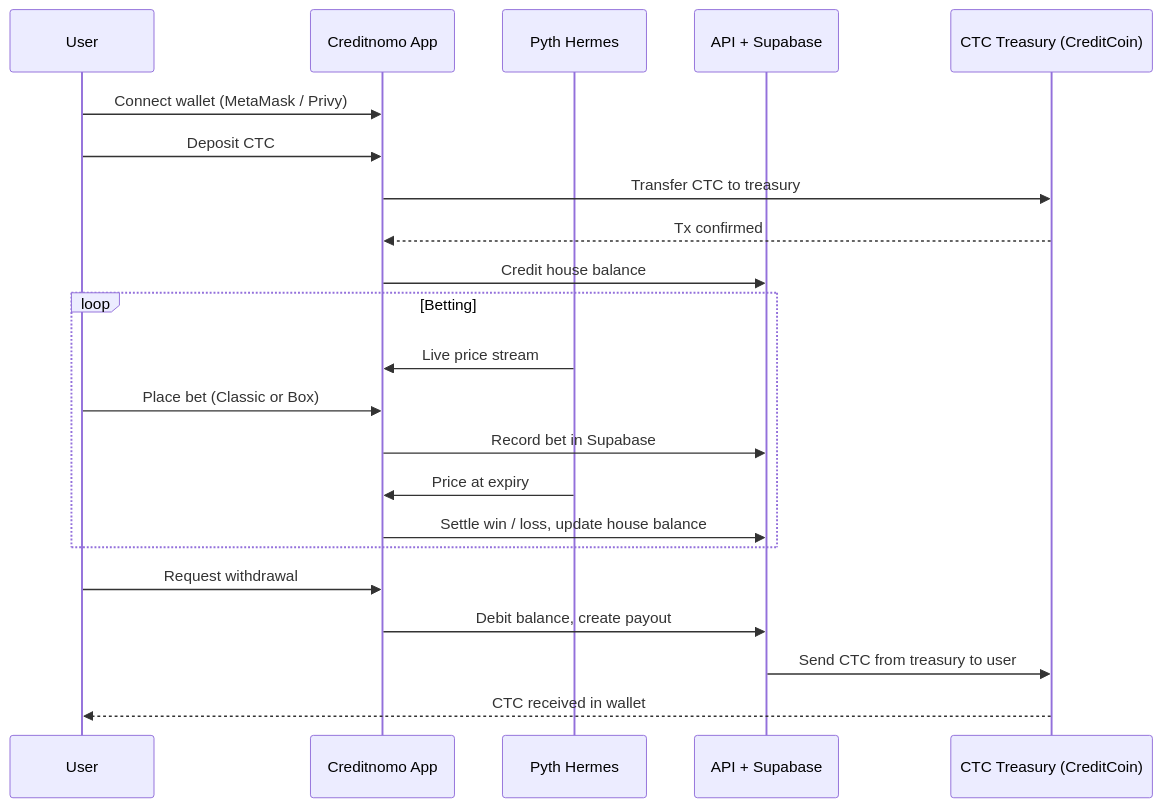
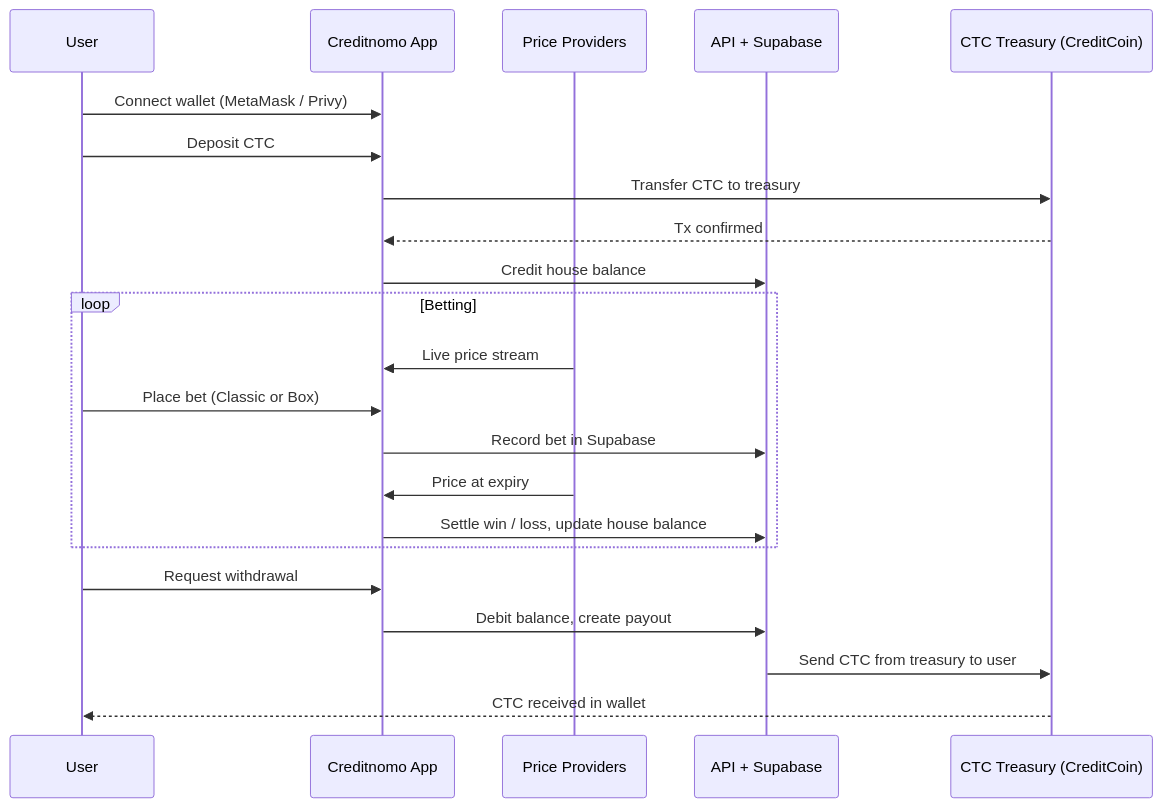
One commit to Amaan02/Creditnomo changed the second of 2 diagrams in docs/TECHNICAL.md. Above: the diagram before and after it, drawn with Mermaid. The commit also changed other lines of this file and 36 other files, not shown here.

````diff
--- a/docs/TECHNICAL.md
+++ b/docs/TECHNICAL.md
@@ -56,27 +57,27 @@
 ```mermaid
 sequenceDiagram
     participant U as User
     participant App as Creditnomo App
-    participant P as Pyth Hermes
+    participant P as Price Providers
     participant API as API + Supabase
     participant CTC as CTC Treasury (CreditCoin)
 
     U->>App: Connect wallet (MetaMask / Privy)
     U->>App: Deposit CTC
     App->>CTC: Transfer CTC to treasury
     CTC-->>App: Tx confirmed
     App->>API: Credit house balance
 
     loop Betting
         P->>App: Live price stream
         U->>App: Place bet (Classic or Box)
         App->>API: Record bet in Supabase
         P->>App: Price at expiry
         App->>API: Settle win / loss, update house balance
     end
 
     U->>App: Request withdrawal
     App->>API: Debit balance, create payout
     API->>CTC: Send CTC from treasury to user
     CTC-->>U: CTC received in wallet
 ```
````
